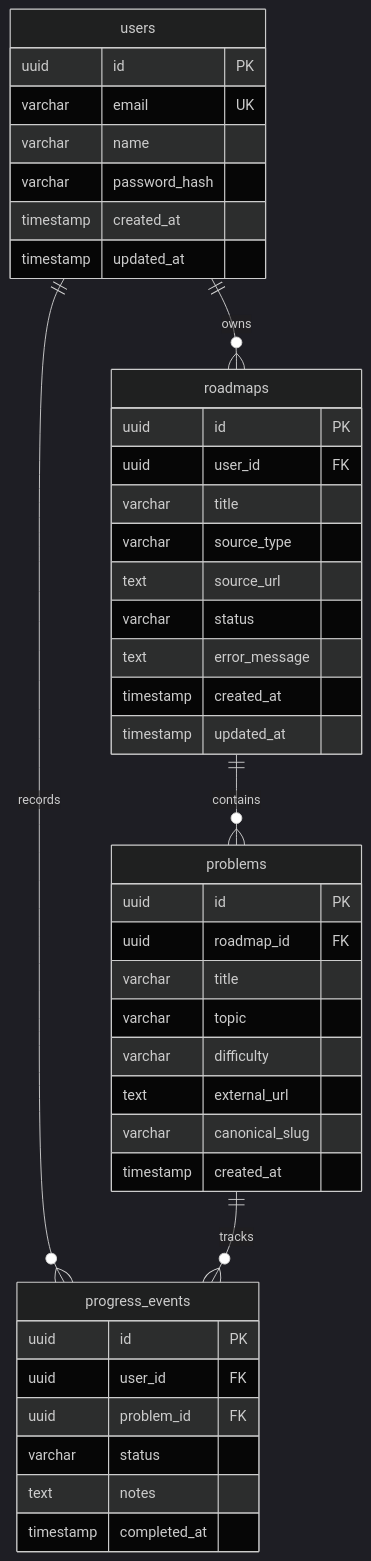
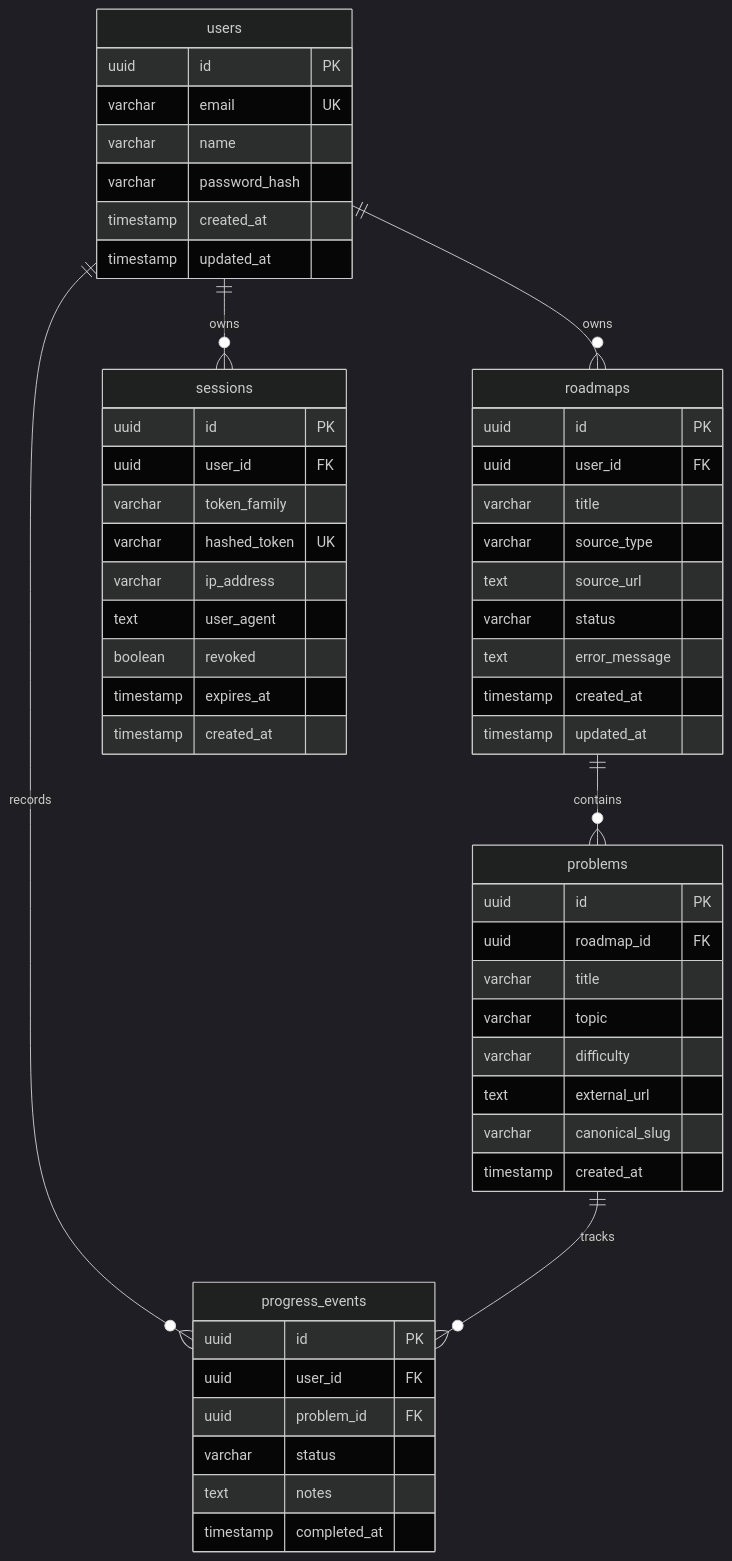
Before and after one commit to imshubhamgiri/Career-Map: the diagram in docs/architecture/database.md, drawn with Mermaid (dark theme). The commit also changed other lines of this file and 3 other files, not shown here.

Commit message:
feat(db): add sessions model, migration, and update database schema docs

````diff
--- a/docs/architecture/database.md
+++ b/docs/architecture/database.md
@@ -14,48 +14,61 @@
 ```mermaid
 erDiagram
     users ||--o{ roadmaps : owns
     users ||--o{ progress_events : records
+    users ||--o{ sessions : owns
     roadmaps ||--o{ problems : contains
     problems ||--o{ progress_events : tracks
 
     users {
         uuid id PK
         varchar email UK
         varchar name
         varchar password_hash
         timestamp created_at
         timestamp updated_at
+    }
+
+    sessions {
+        uuid id PK
+        uuid user_id FK
+        varchar token_family
+        varchar hashed_token UK
+        varchar ip_address
+        text user_agent
+        boolean revoked
+        timestamp expires_at
+        timestamp created_at
     }
 
     roadmaps {
         uuid id PK
         uuid user_id FK
         varchar title
         varchar source_type
         text source_url
         varchar status
         text error_message
         timestamp created_at
         timestamp updated_at
     }
 
     problems {
         uuid id PK
         uuid roadmap_id FK
         varchar title
         varchar topic
         varchar difficulty
         text external_url
         varchar canonical_slug
         timestamp created_at
     }
 
     progress_events {
         uuid id PK
         uuid user_id FK
         uuid problem_id FK
         varchar status
         text notes
         timestamp completed_at
     }
 ```
````
